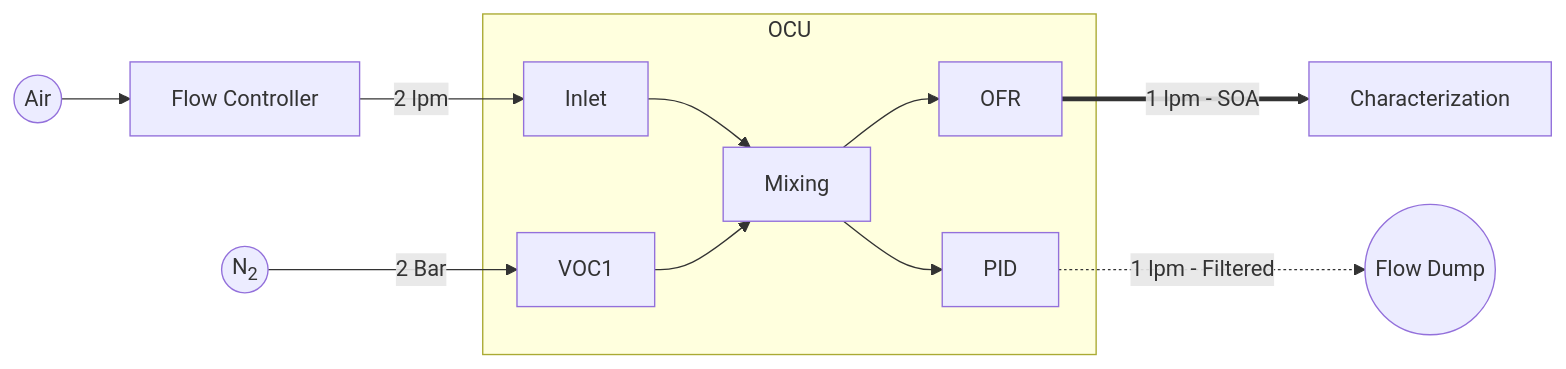
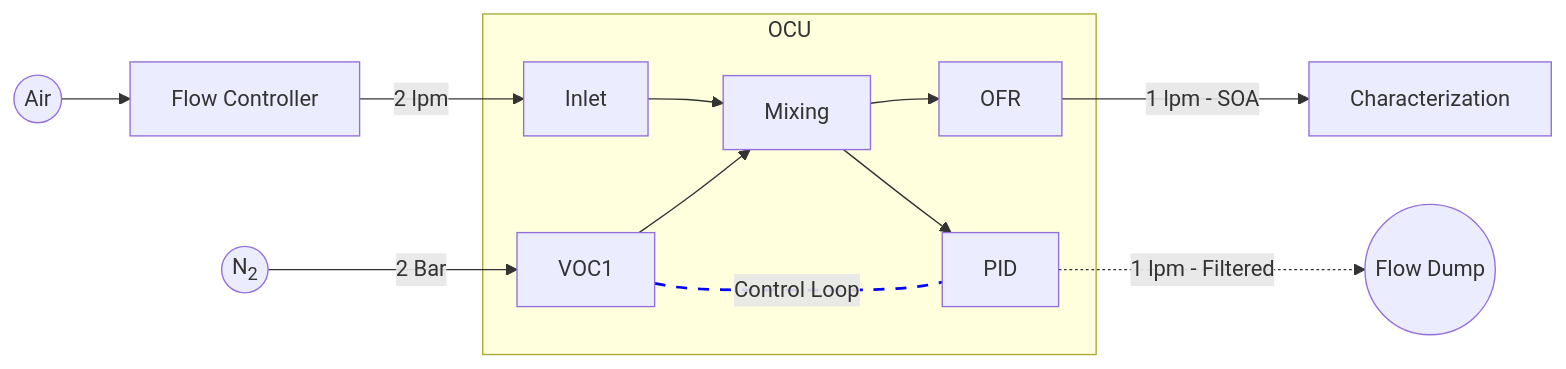
One commit to alejandrokeller/FATCAT-Scripts changed the first of 2 diagrams in docu/quickstart/README.md. Above: the diagram before and after it, drawn with Mermaid. The commit also changed other lines of this file, not shown here.

````diff
--- a/docu/quickstart/README.md
+++ b/docu/quickstart/README.md
@@ -83,14 +83,16 @@
 ```mermaid
 graph LR
 subgraph OCU
          Inlet[Inlet] --> Mixing
          Mixing --> OFR
          VOC1 --> Mixing
          Mixing --> PID
+         VOC1 -.-|Control Loop| PID
          end
 A((Air)) --> B[Flow Controller] 
 B  --> |2 lpm| Inlet
 D((N<sub>2</sub>)) --> |2 Bar| VOC1
-OFR ==> |1 lpm - SOA| E[Characterization]
+OFR --> |1 lpm - SOA| E[Characterization]
 PID -.1 lpm - Filtered.-> F((Flow Dump))
+linkStyle 4 stroke:blue,stroke-width:2px,curve:natural,stroke-dasharray: 8 8;
 ```
````
